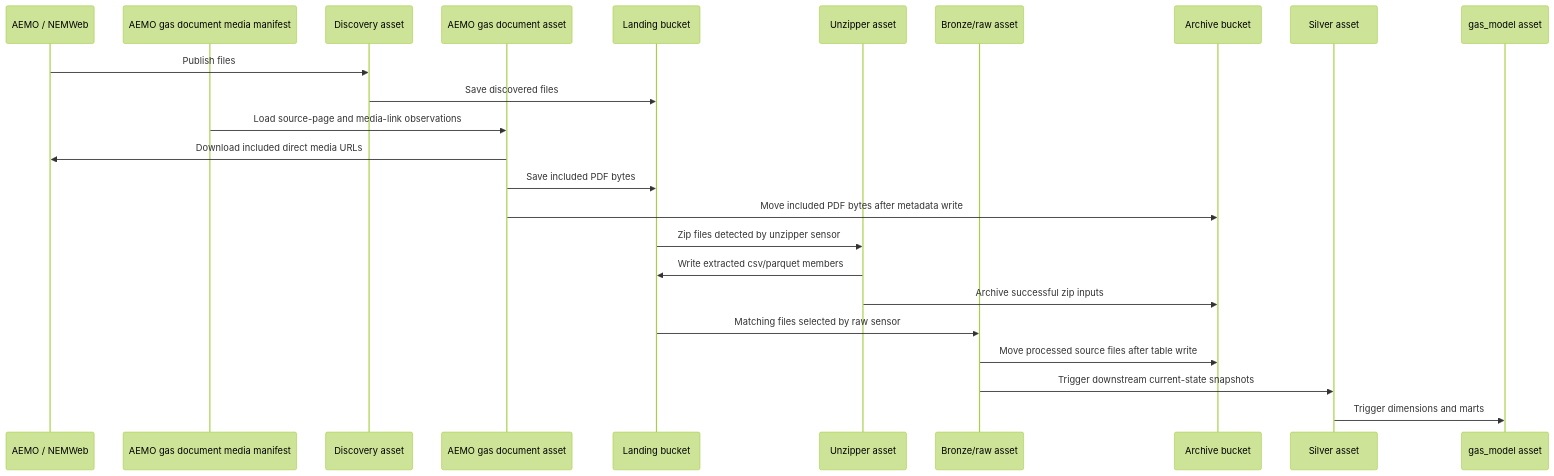
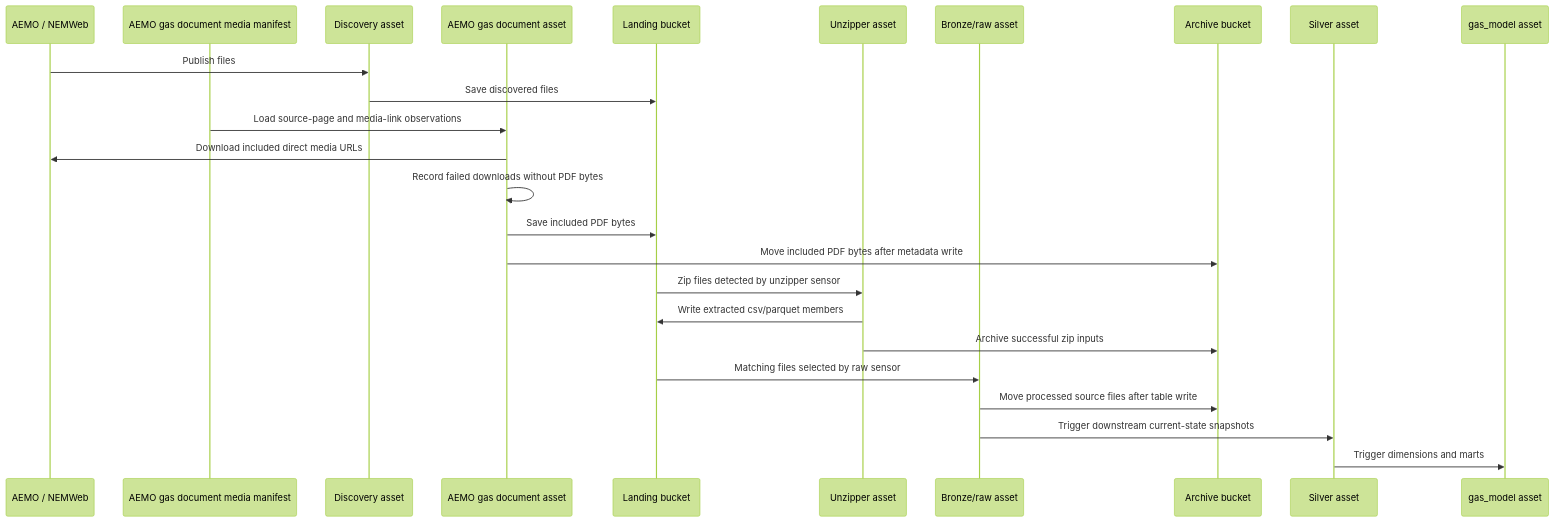
One commit to Chr1sC0de/energy-market-delta-lake changed the third of 3 diagrams in backend-services/dagster-user/aemo-etl/README.md. Above: the diagram before and after it, drawn with Mermaid (forest theme). The commit also changed other lines of this file and 5 other files, not shown here.

````diff
--- a/backend-services/dagster-user/aemo-etl/README.md
+++ b/backend-services/dagster-user/aemo-etl/README.md
@@ -135,27 +137,28 @@
 ```mermaid
 sequenceDiagram
     participant Source as AEMO / NEMWeb
     participant Manifest as AEMO gas document media manifest
     participant Discover as Discovery asset
     participant Docs as AEMO gas document asset
     participant Landing as Landing bucket
     participant Unzip as Unzipper asset
     participant Raw as Bronze/raw asset
     participant Archive as Archive bucket
     participant Silver as Silver asset
     participant GasModel as gas_model asset
 
     Source->>Discover: Publish files
     Discover->>Landing: Save discovered files
     Manifest->>Docs: Load source-page and media-link observations
     Docs->>Source: Download included direct media URLs
+    Docs->>Docs: Record failed downloads without PDF bytes
     Docs->>Landing: Save included PDF bytes
     Docs->>Archive: Move included PDF bytes after metadata write
     Landing->>Unzip: Zip files detected by unzipper sensor
     Unzip->>Landing: Write extracted csv/parquet members
     Unzip->>Archive: Archive successful zip inputs
     Landing->>Raw: Matching files selected by raw sensor
     Raw->>Archive: Move processed source files after table write
     Raw->>Silver: Trigger downstream current-state snapshots
     Silver->>GasModel: Trigger dimensions and marts
 ```
````
